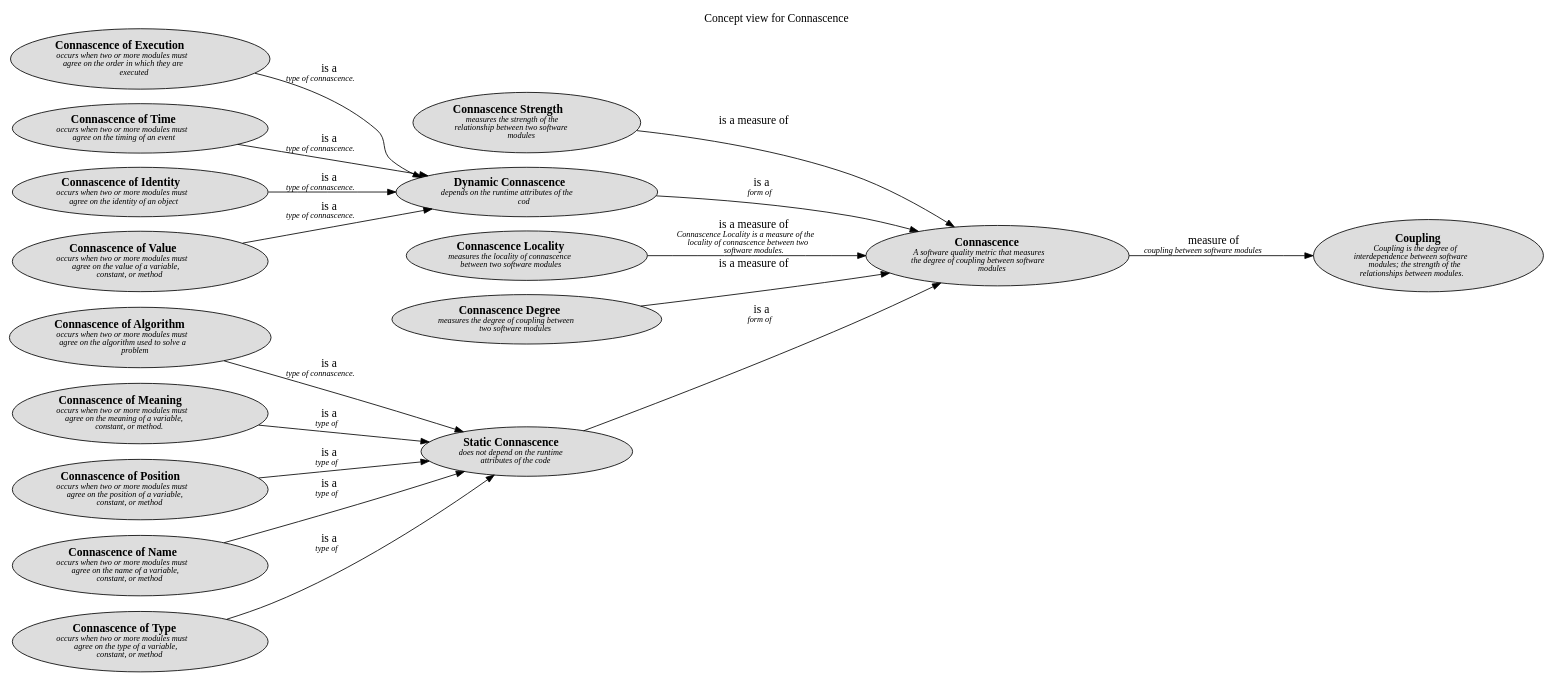
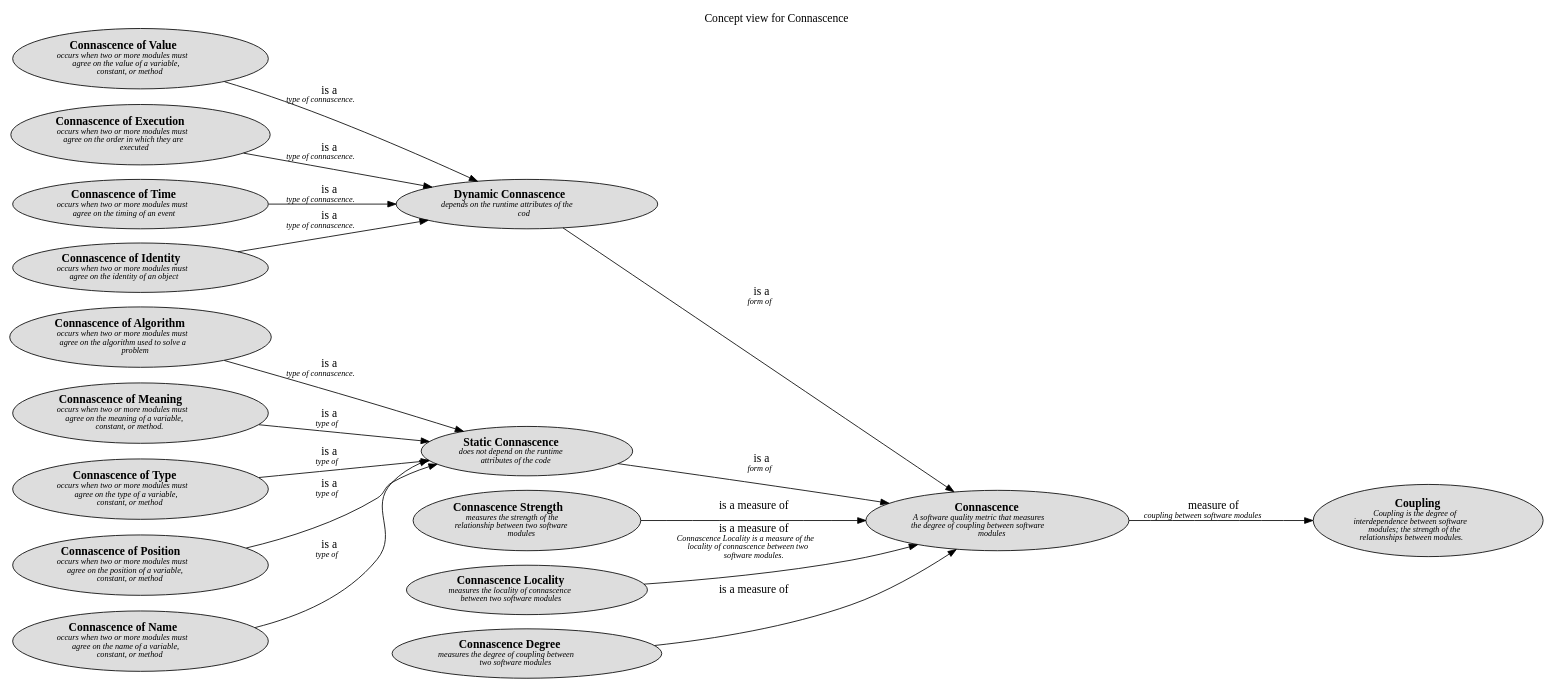
The diagram in docs/software-development/complexity/connascence/concept-view.dot (lsolbach/overarch-models), drawn with Graphviz before and after one commit. The commit also changed other lines of this file and 70 other files, not shown here.

```diff
--- a/docs/software-development/complexity/connascence/concept-view.dot
+++ b/docs/software-development/complexity/connascence/concept-view.dot
@@ -1,42 +1,42 @@
 digraph "Concept view for Connascence" {
   labelloc= "t"
   label="Concept view for Connascence"
   rankdir="LR"
 
   layout=dot
+software_development_complexity_connascence__connascence_of_algorithm [shape=ellipse style=filled fillcolor="#dddddd" label=<<B>Connascence of Algorithm</B><BR/><FONT POINT-SIZE="10"><I>occurs when two or more modules must<BR/>agree on the algorithm used to solve a<BR/>problem </I></FONT>>]
+software_development_complexity_connascence__connascence_of_meaning [shape=ellipse style=filled fillcolor="#dddddd" label=<<B>Connascence of Meaning</B><BR/><FONT POINT-SIZE="10"><I>occurs when two or more modules must<BR/>agree on the meaning of a variable,<BR/>constant, or method. </I></FONT>>]
+software_development_complexity__coupling [shape=ellipse style=filled fillcolor="#dddddd" label=<<B> Coupling </B><BR/><FONT POINT-SIZE="10"><I> Coupling is the degree of<BR/>interdependence between software<BR/>modules; the strength of the<BR/>relationships between modules. </I></FONT>>]
+software_development_complexity_connascence__dynamic_connascence [shape=ellipse style=filled fillcolor="#dddddd" label=<<B>Dynamic Connascence</B><BR/><FONT POINT-SIZE="10"><I>depends on the runtime attributes of the<BR/>cod </I></FONT>>]
+software_development_complexity_connascence__connascence_strength [shape=ellipse style=filled fillcolor="#dddddd" label=<<B>Connascence Strength</B><BR/><FONT POINT-SIZE="10"><I>measures the strength of the<BR/>relationship between two software<BR/>modules </I></FONT>>]
+software_development_complexity_connascence__connascence_of_type [shape=ellipse style=filled fillcolor="#dddddd" label=<<B>Connascence of Type</B><BR/><FONT POINT-SIZE="10"><I>occurs when two or more modules must<BR/>agree on the type of a variable,<BR/>constant, or method </I></FONT>>]
+software_development_complexity_connascence__connascence [shape=ellipse style=filled fillcolor="#dddddd" label=<<B>Connascence</B><BR/><FONT POINT-SIZE="10"><I>A software quality metric that measures<BR/>the degree of coupling between software<BR/>modules </I></FONT>>]
 software_development_complexity_connascence__static_connascence [shape=ellipse style=filled fillcolor="#dddddd" label=<<B>Static Connascence</B><BR/><FONT POINT-SIZE="10"><I>does not depend on the runtime<BR/>attributes of the code </I></FONT>>]
-software_development_complexity_connascence__connascence_of_algorithm [shape=ellipse style=filled fillcolor="#dddddd" label=<<B>Connascence of Algorithm</B><BR/><FONT POINT-SIZE="10"><I>occurs when two or more modules must<BR/>agree on the algorithm used to solve a<BR/>problem </I></FONT>>]
-software_development_complexity__coupling [shape=ellipse style=filled fillcolor="#dddddd" label=<<B> Coupling </B><BR/><FONT POINT-SIZE="10"><I> Coupling is the degree of<BR/>interdependence between software<BR/>modules; the strength of the<BR/>relationships between modules. </I></FONT>>]
-software_development_complexity_connascence__connascence_strength [shape=ellipse style=filled fillcolor="#dddddd" label=<<B>Connascence Strength</B><BR/><FONT POINT-SIZE="10"><I>measures the strength of the<BR/>relationship between two software<BR/>modules </I></FONT>>]
-software_development_complexity_connascence__connascence_of_meaning [shape=ellipse style=filled fillcolor="#dddddd" label=<<B>Connascence of Meaning</B><BR/><FONT POINT-SIZE="10"><I>occurs when two or more modules must<BR/>agree on the meaning of a variable,<BR/>constant, or method. </I></FONT>>]
-software_development_complexity_connascence__dynamic_connascence [shape=ellipse style=filled fillcolor="#dddddd" label=<<B>Dynamic Connascence</B><BR/><FONT POINT-SIZE="10"><I>depends on the runtime attributes of the<BR/>cod </I></FONT>>]
 software_development_complexity_connascence__connascence_of_position [shape=ellipse style=filled fillcolor="#dddddd" label=<<B>Connascence of Position</B><BR/><FONT POINT-SIZE="10"><I>occurs when two or more modules must<BR/>agree on the position of a variable,<BR/>constant, or method </I></FONT>>]
 software_development_complexity_connascence__connascence_locality [shape=ellipse style=filled fillcolor="#dddddd" label=<<B>Connascence Locality</B><BR/><FONT POINT-SIZE="10"><I>measures the locality of connascence<BR/>between two software modules </I></FONT>>]
+software_development_complexity_connascence__connascence_degree [shape=ellipse style=filled fillcolor="#dddddd" label=<<B>Connascence Degree</B><BR/><FONT POINT-SIZE="10"><I>measures the degree of coupling between<BR/>two software modules </I></FONT>>]
 software_development_complexity_connascence__connascence_of_name [shape=ellipse style=filled fillcolor="#dddddd" label=<<B>Connascence of Name</B><BR/><FONT POINT-SIZE="10"><I>occurs when two or more modules must<BR/>agree on the name of a variable,<BR/>constant, or method </I></FONT>>]
-software_development_complexity_connascence__connascence_degree [shape=ellipse style=filled fillcolor="#dddddd" label=<<B>Connascence Degree</B><BR/><FONT POINT-SIZE="10"><I>measures the degree of coupling between<BR/>two software modules </I></FONT>>]
-software_development_complexity_connascence__connascence_of_type [shape=ellipse style=filled fillcolor="#dddddd" label=<<B>Connascence of Type</B><BR/><FONT POINT-SIZE="10"><I>occurs when two or more modules must<BR/>agree on the type of a variable,<BR/>constant, or method </I></FONT>>]
 software_development_complexity_connascence__connascence_of_execution [shape=ellipse style=filled fillcolor="#dddddd" label=<<B>Connascence of Execution</B><BR/><FONT POINT-SIZE="10"><I>occurs when two or more modules must<BR/>agree on the order in which they are<BR/>executed </I></FONT>>]
 software_development_complexity_connascence__connascence_of_time [shape=ellipse style=filled fillcolor="#dddddd" label=<<B>Connascence of Time</B><BR/><FONT POINT-SIZE="10"><I>occurs when two or more modules must<BR/>agree on the timing of an event </I></FONT>>]
 software_development_complexity_connascence__connascence_of_identity [shape=ellipse style=filled fillcolor="#dddddd" label=<<B>Connascence of Identity</B><BR/><FONT POINT-SIZE="10"><I>occurs when two or more modules must<BR/>agree on the identity of an object </I></FONT>>]
 software_development_complexity_connascence__connascence_of_value [shape=ellipse style=filled fillcolor="#dddddd" label=<<B>Connascence of Value</B><BR/><FONT POINT-SIZE="10"><I>occurs when two or more modules must<BR/>agree on the value of a variable,<BR/>constant, or method </I></FONT>>]
-software_development_complexity_connascence__connascence [shape=ellipse style=filled fillcolor="#dddddd" label=<<B>Connascence</B><BR/><FONT POINT-SIZE="10"><I>A software quality metric that measures<BR/>the degree of coupling between software<BR/>modules </I></FONT>>]
  
 software_development_complexity_connascence__connascence_of_value -> software_development_complexity_connascence__dynamic_connascence [label=<is a<BR/><FONT POINT-SIZE="10"><I>type of connascence. </I></FONT>>]
 software_development_complexity_connascence__dynamic_connascence -> software_development_complexity_connascence__connascence [label=<is a<BR/><FONT POINT-SIZE="10"><I>form of </I></FONT>>]
 software_development_complexity_connascence__connascence_of_type -> software_development_complexity_connascence__static_connascence [label=<is a<BR/><FONT POINT-SIZE="10"><I>type of </I></FONT>>]
 software_development_complexity_connascence__connascence_of_name -> software_development_complexity_connascence__static_connascence [label=<is a<BR/><FONT POINT-SIZE="10"><I>type of </I></FONT>>]
 software_development_complexity_connascence__connascence_degree -> software_development_complexity_connascence__connascence [label=<is a measure of<BR/><FONT POINT-SIZE="10"><I> </I></FONT>>]
 software_development_complexity_connascence__connascence_of_algorithm -> software_development_complexity_connascence__static_connascence [label=<is a<BR/><FONT POINT-SIZE="10"><I>type of connascence. </I></FONT>>]
 software_development_complexity_connascence__connascence_of_meaning -> software_development_complexity_connascence__static_connascence [label=<is a<BR/><FONT POINT-SIZE="10"><I>type of </I></FONT>>]
 software_development_complexity_connascence__connascence_of_time -> software_development_complexity_connascence__dynamic_connascence [label=<is a<BR/><FONT POINT-SIZE="10"><I>type of connascence. </I></FONT>>]
 software_development_complexity_connascence__connascence -> software_development_complexity__coupling [label=<measure of<BR/><FONT POINT-SIZE="10"><I>coupling between software modules </I></FONT>>]
 software_development_complexity_connascence__static_connascence -> software_development_complexity_connascence__connascence [label=<is a<BR/><FONT POINT-SIZE="10"><I>form of </I></FONT>>]
 software_development_complexity_connascence__connascence_strength -> software_development_complexity_connascence__connascence [label=<is a measure of<BR/><FONT POINT-SIZE="10"><I> </I></FONT>>]
 software_development_complexity_connascence__connascence_of_execution -> software_development_complexity_connascence__dynamic_connascence [label=<is a<BR/><FONT POINT-SIZE="10"><I>type of connascence. </I></FONT>>]
 software_development_complexity_connascence__connascence_locality -> software_development_complexity_connascence__connascence [label=<is a measure of<BR/><FONT POINT-SIZE="10"><I>Connascence Locality is a measure of the<BR/>locality of connascence between two<BR/>software modules. </I></FONT>>]
 software_development_complexity_connascence__connascence_of_identity -> software_development_complexity_connascence__dynamic_connascence [label=<is a<BR/><FONT POINT-SIZE="10"><I>type of connascence. </I></FONT>>]
 software_development_complexity_connascence__connascence_of_position -> software_development_complexity_connascence__static_connascence [label=<is a<BR/><FONT POINT-SIZE="10"><I>type of </I></FONT>>]
  
 }
 
 // (generated by Overarch with template views/view.dot.cmb)
```
